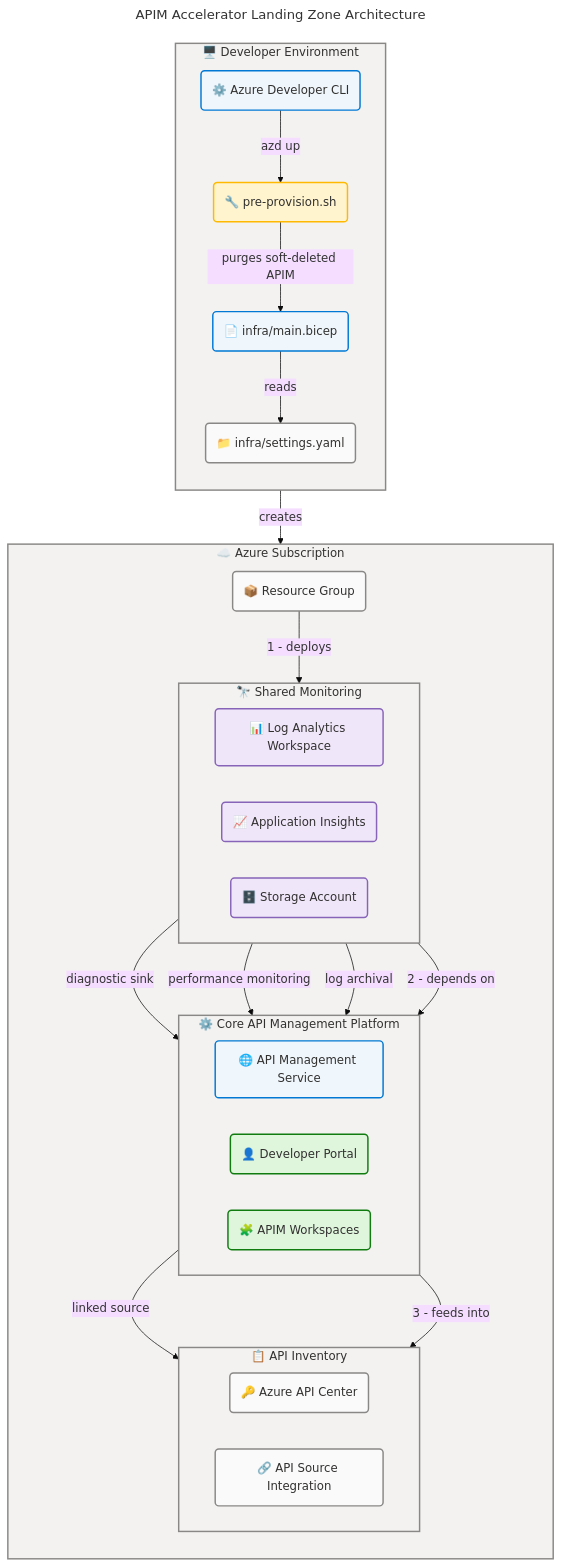
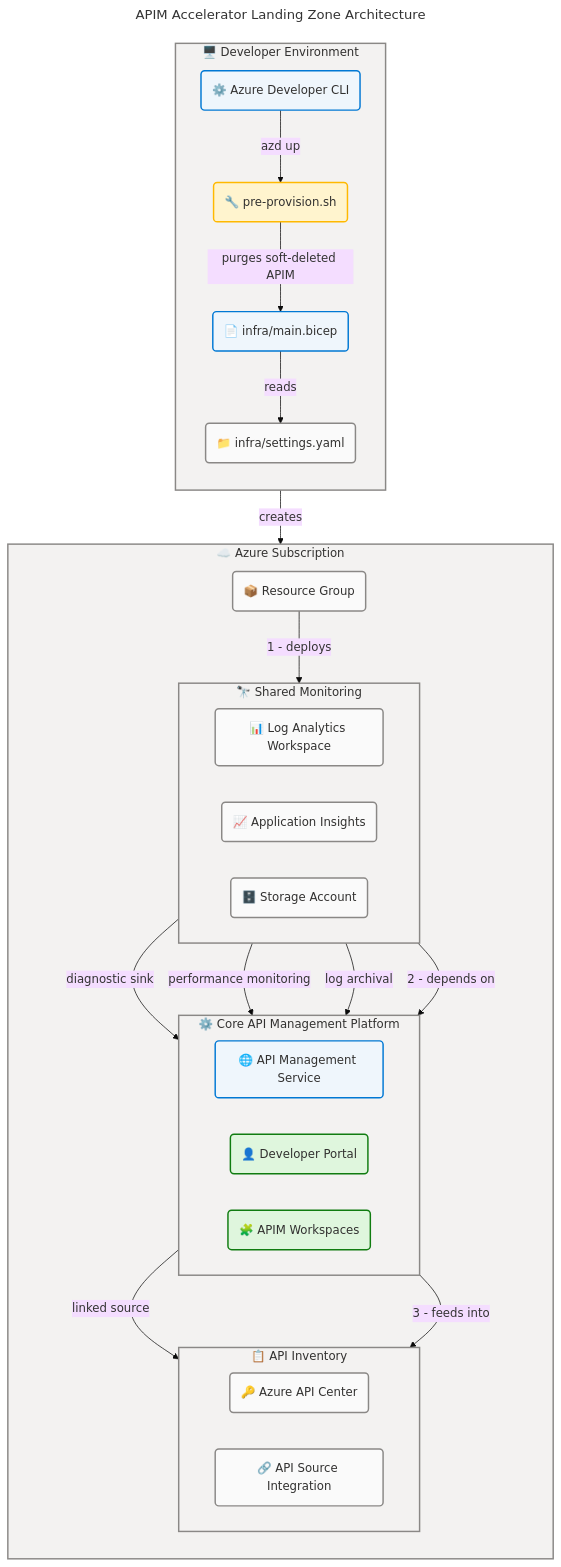
The diagram in README.md (Evilazaro/APIM-Accelerator), drawn with Mermaid before and after one commit.

Commit message:
style: update flowchart color codes for consistency and improved clarity

````diff
--- a/README.md
+++ b/README.md
@@ -126,9 +126,9 @@
 
         subgraph sharedLayer["🔭 Shared Monitoring"]
             direction LR
-            law("📊 Log Analytics Workspace"):::data
-            ai("📈 Application Insights"):::data
-            stg("🗄️ Storage Account"):::data
+            law("📊 Log Analytics Workspace"):::neutral
+            ai("📈 Application Insights"):::neutral
+            stg("🗄️ Storage Account"):::neutral
         end
 
         subgraph coreLayer["⚙️ Core API Management Platform"]
@@ -168,5 +168,4 @@
     classDef core fill:#EFF6FC,stroke:#0078D4,stroke-width:2px,color:#323130
     classDef success fill:#DFF6DD,stroke:#107C10,stroke-width:2px,color:#323130
     classDef warning fill:#FFF4CE,stroke:#FFB900,stroke-width:2px,color:#323130
-    classDef data fill:#F0E6FA,stroke:#8764B8,stroke-width:2px,color:#323130
 ```
````
